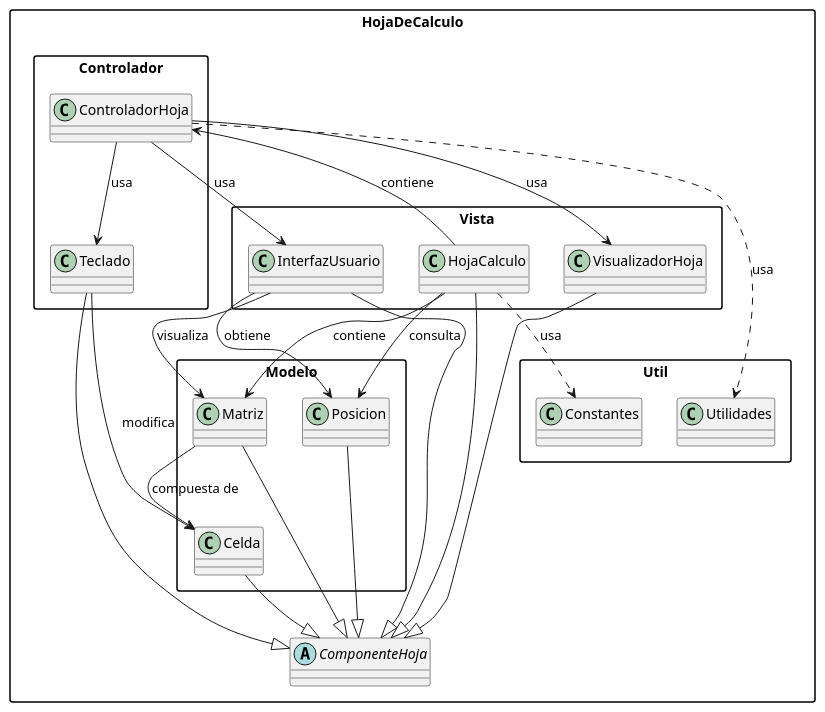
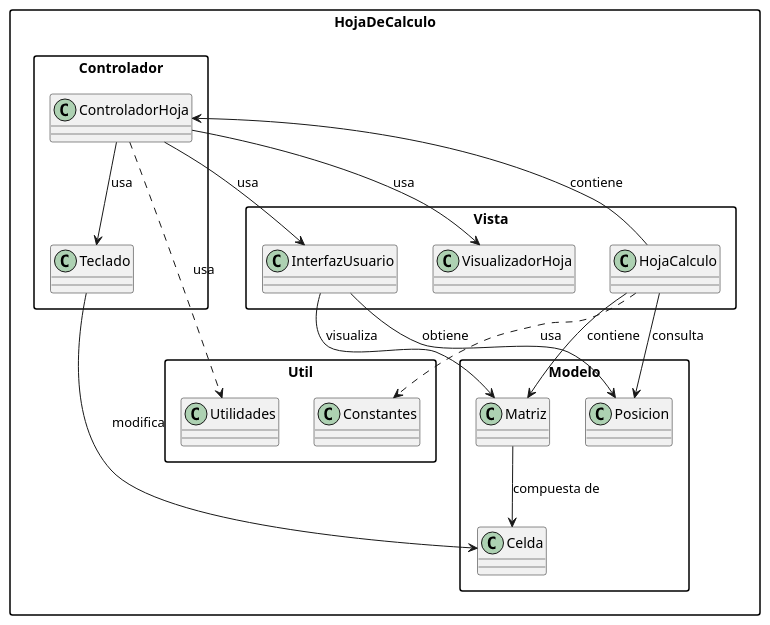
Before and after one commit to oscarsantasanchez/24-25-IdSw2-SDD: the diagram in modelosUML/DiagramaClasesSrc2.puml, drawn with PlantUML. The commit also changed 2 other files, not shown here.

```diff
--- a/modelosUML/DiagramaClasesSrc2.puml
+++ b/modelosUML/DiagramaClasesSrc2.puml
@@ -1,56 +1,48 @@
 @startuml
 skinparam packageStyle rectangle
 skinparam classAttributeIconSize 0
 
 package "HojaDeCalculo" {
 
     package Controlador {
         class ControladorHoja
         class Teclado
     }
 
     package Modelo {
         class Celda
         class Matriz
         class Posicion
     }
 
     package Util {
         class Constantes
         class Utilidades
     }
 
     package Vista {
         class InterfazUsuario
         class VisualizadorHoja
         class HojaCalculo
     }
 
     HojaCalculo --> ControladorHoja : contiene
     ControladorHoja --> InterfazUsuario : usa
     ControladorHoja --> Teclado : usa
     ControladorHoja --> VisualizadorHoja : usa
 
     InterfazUsuario --> Posicion : obtiene
     InterfazUsuario --> Matriz : visualiza
 
     Teclado --> Celda : modifica
 
     Matriz --> Celda : compuesta de
     HojaCalculo --> Matriz : contiene
     HojaCalculo --> Posicion : consulta
 
     HojaCalculo ..> Constantes : usa
     ControladorHoja ..> Utilidades : usa
 
-    abstract class ComponenteHoja
-    HojaCalculo --|> ComponenteHoja
-    InterfazUsuario --|> ComponenteHoja
-    VisualizadorHoja --|> ComponenteHoja
-    Teclado --|> ComponenteHoja
-    Matriz --|> ComponenteHoja
-    Celda --|> ComponenteHoja
-    Posicion --|> ComponenteHoja
 }
 
 @enduml
```
